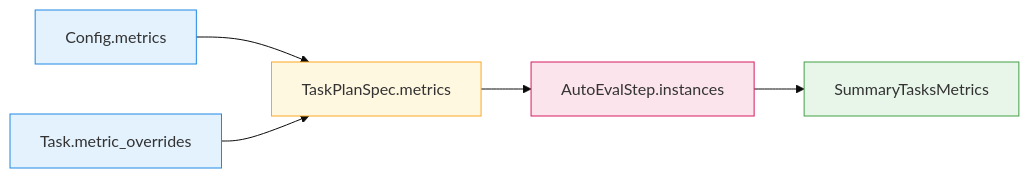
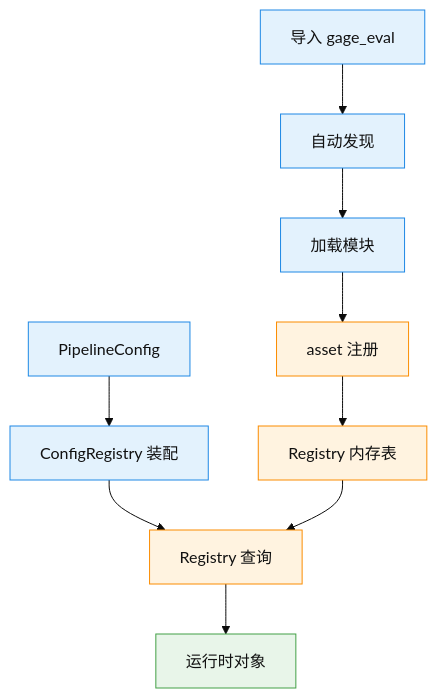
Diagram 11 of 12 in README.md (HiThink-Research/GAGE), drawn with Mermaid (base theme) before and after one commit. The commit also changed other lines of this file and 42 other files, not shown here.

First line of the commit message:
docs(gage-eval): refresh README

````diff
--- a/README.md
+++ b/README.md
@@ -1250,13 +1022,12 @@
 ```mermaid
-flowchart LR
-  CFGM[Config.metrics] --> PLAN[TaskPlanSpec.metrics]
-  CFGO[Task.metric_overrides] --> PLAN
-  PLAN --> AUTO[AutoEvalStep.instances]
-  AUTO --> SUM[SummaryTasksMetrics]
+flowchart TD
+  classDef stage fill:#E3F2FD,stroke:#1E88E5,color:#111;
+  classDef reg fill:#FFF3E0,stroke:#FB8C00,color:#111;
+  classDef rt fill:#E8F5E9,stroke:#43A047,color:#111;
 
-  style CFGM fill:#e3f2fd,stroke:#1e88e5
-  style CFGO fill:#e3f2fd,stroke:#1e88e5
-  style PLAN fill:#fff8e1,stroke:#f9a825
-  style AUTO fill:#fce4ec,stroke:#d81b60
-  style SUM fill:#e8f5e9,stroke:#43a047
+  A[导入 gage_eval]:::stage --> B[自动发现]:::stage --> C[加载模块]:::stage --> D[asset 注册]:::reg --> E[Registry 内存表]:::reg
+
+  PC[PipelineConfig]:::stage --> CR[ConfigRegistry 装配]:::stage --> Q[Registry 查询]:::reg --> Obj[运行时对象]:::rt
+
+  E --> Q
 ```
````
